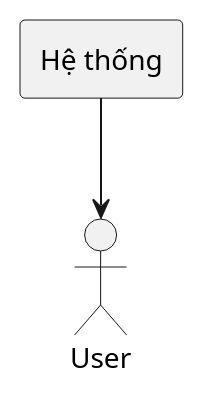
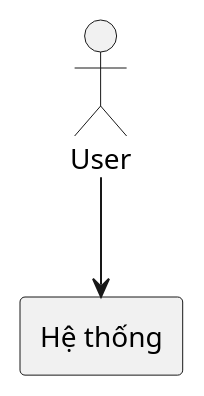
Before and after one commit to HansoSuwang/WEB-QuanLiChiTieu: the diagram in README.md, drawn with PlantUML.

Commit message:
Add use case diagram

````diff
--- a/README.md
+++ b/README.md
@@ -20,11 +20,11 @@
 ```plantuml
 
 @startuml "Biểu đồ tác nhân"
 
 actor User
 
 rectangle "Hệ thống" as System {
 }
-System --> User
+User --> System
 @enduml
 ```
````
